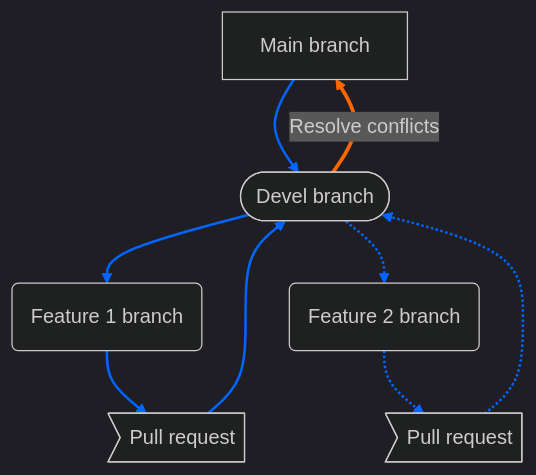
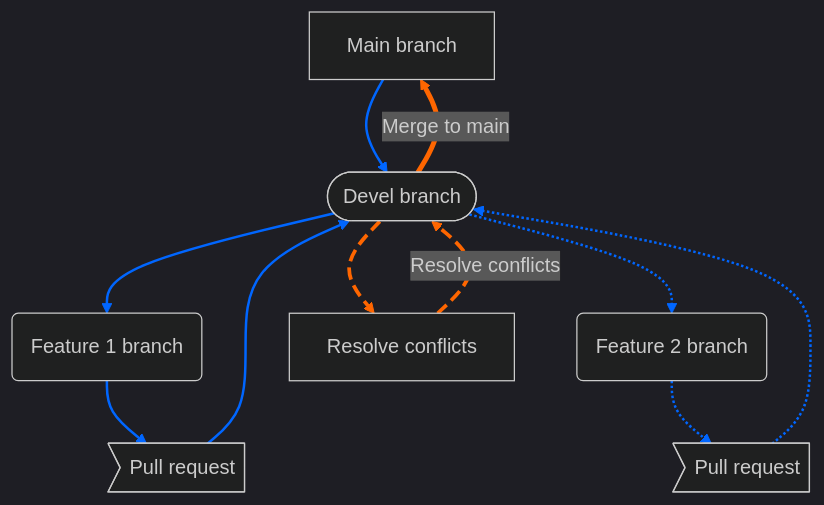
Before and after one commit to phuse-org/git-in-statistical-programming: the fourth of 12 diagrams in white-paper/branching-strategies.qmd, drawn with Mermaid (dark theme). The commit also changed other lines of this file, not shown here.

````diff
--- a/white-paper/branching-strategies.qmd
+++ b/white-paper/branching-strategies.qmd
@@ -99,28 +99,33 @@
 ```{mermaid}
 %%| label: fig-devel-branch-structure
 %%| fig-cap: "Devel branch structure"
 flowchart TD
     main["Main branch"]
     devel(["Devel branch"])
     feature-1("Feature 1 branch")
     feature-2("Feature 2 branch")
+    resolve["Resolve conflicts"]
     pr1>"Pull request"]
     pr2>"Pull request"]
     main --> devel
     devel --> feature-1
     devel -.-> feature-2
     feature-1 --> pr1
     feature-2 -.-> pr2
     pr1 --> devel
     pr2 -.-> devel
-    devel ==> |"Resolve conflicts"| main
+    devel --> resolve
+    resolve -->|"Resolve conflicts"| devel
+    devel ==>|"Merge to main"| main
     
     linkStyle 0 stroke:#0066FF,stroke-width:2px
     linkStyle 1 stroke:#0066FF,stroke-width:2px
     linkStyle 2 stroke:#0066FF,stroke-width:2px
     linkStyle 3 stroke:#0066FF,stroke-width:2px
     linkStyle 4 stroke:#0066FF,stroke-width:2px
     linkStyle 5 stroke:#0066FF,stroke-width:2px
     linkStyle 6 stroke:#0066FF,stroke-width:2px
-    linkStyle 7 stroke:#FF6600,stroke-width:3px
+    linkStyle 7 stroke:#FF6600,stroke-width:3px,stroke-dasharray: 10 5
+    linkStyle 8 stroke:#FF6600,stroke-width:3px,stroke-dasharray: 10 5
+    linkStyle 9 stroke:#FF6600,stroke-width:4px
 ```
````
